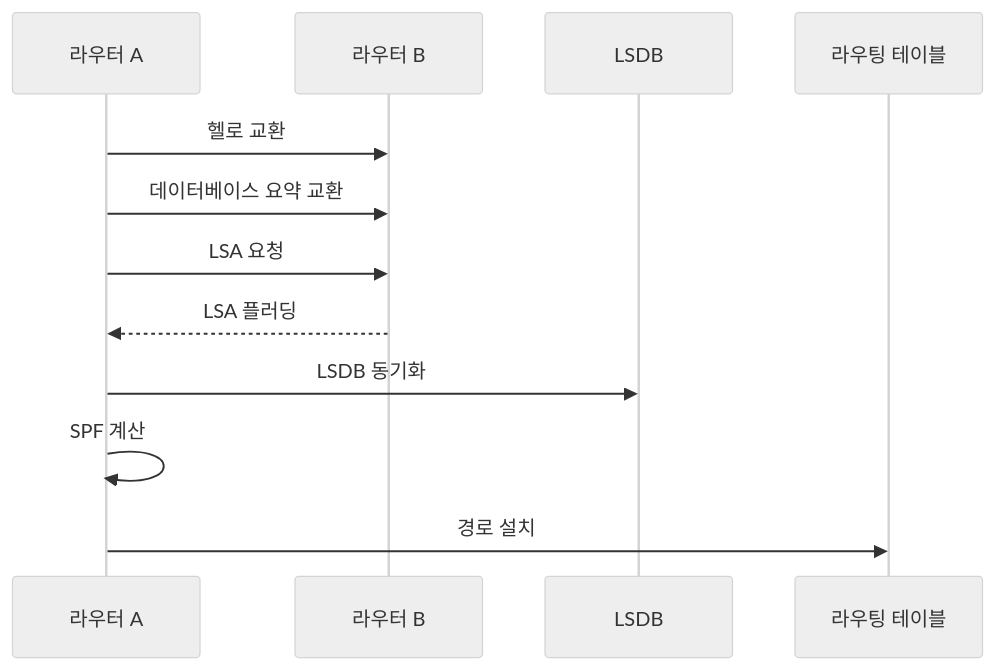
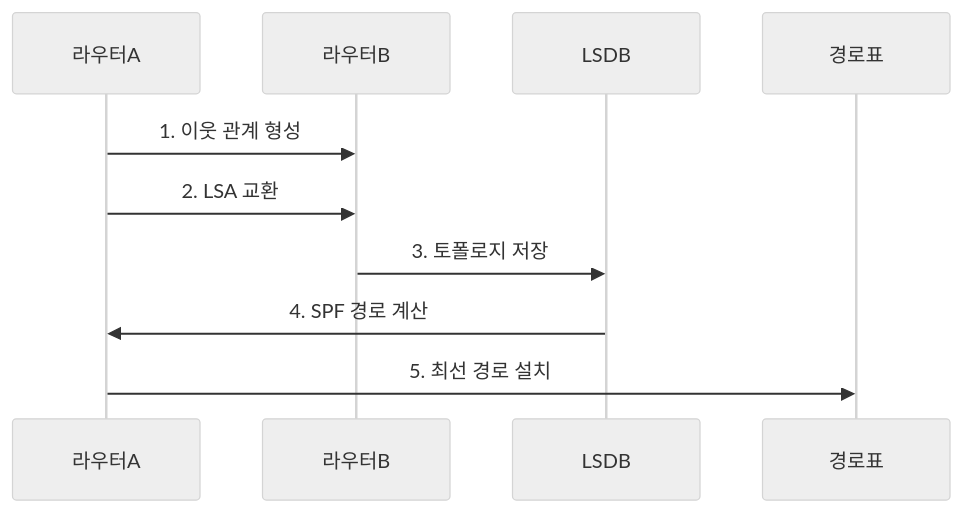
The second of 2 diagrams in src/content/docs/notes/04-network/011_ospf_link_state_routing.md (agnusdei1207/knowledge-base), drawn with Mermaid (neutral theme) before and after one commit. The commit also changed other lines of this file and 20 other files, not shown here.

````diff
--- a/src/content/docs/notes/04-network/011_ospf_link_state_routing.md
+++ b/src/content/docs/notes/04-network/011_ospf_link_state_routing.md
@@ -93,14 +90,12 @@
 ```mermaid
 sequenceDiagram
-    participant A as 라우터 A
-    participant B as 라우터 B
-    participant D as LSDB
-    participant R as 라우팅 테이블
-    A->>B: 헬로 교환
-    A->>B: 데이터베이스 요약 교환
-    A->>B: LSA 요청
-    B-->>A: LSA 플러딩
-    A->>D: LSDB 동기화
-    A->>A: SPF 계산
-    A->>R: 경로 설치
+    participant 라우터A
+    participant 라우터B
+    participant LSDB
+    participant 경로표
+    라우터A->>라우터B: 1. 이웃 관계 형성
+    라우터A->>라우터B: 2. LSA 교환
+    라우터B->>LSDB: 3. 토폴로지 저장
+    LSDB->>라우터A: 4. SPF 경로 계산
+    라우터A->>경로표: 5. 최선 경로 설치
 ```
````
